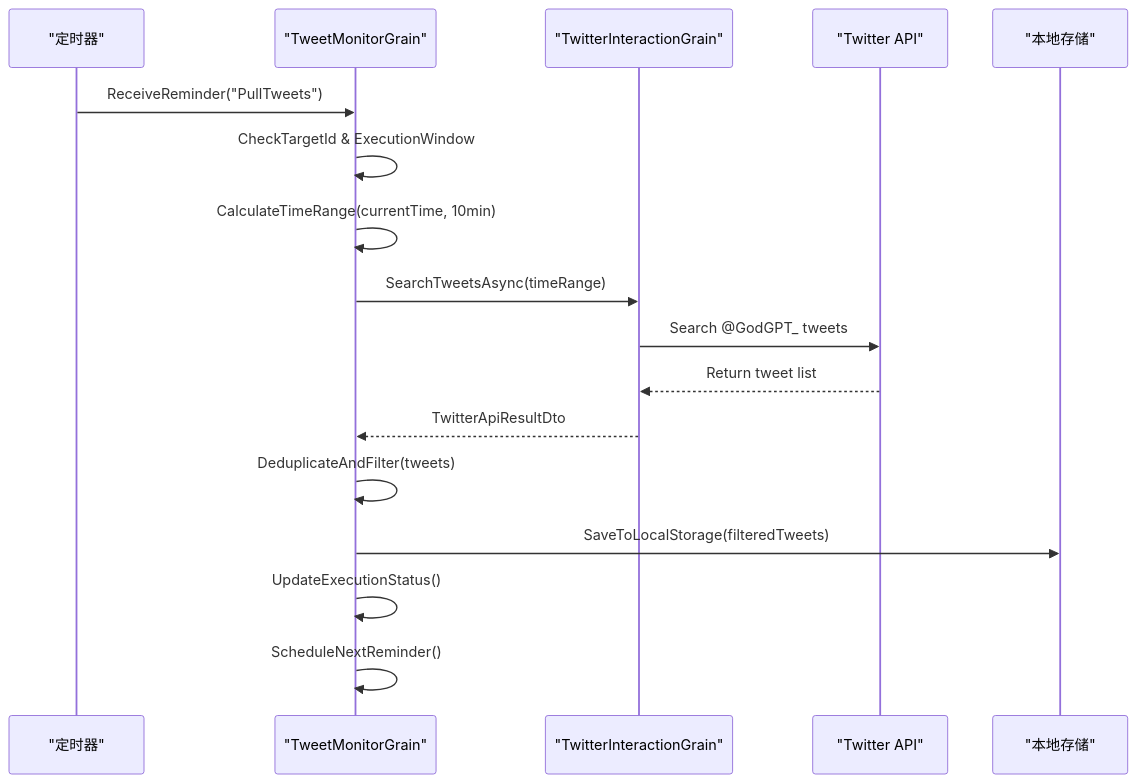
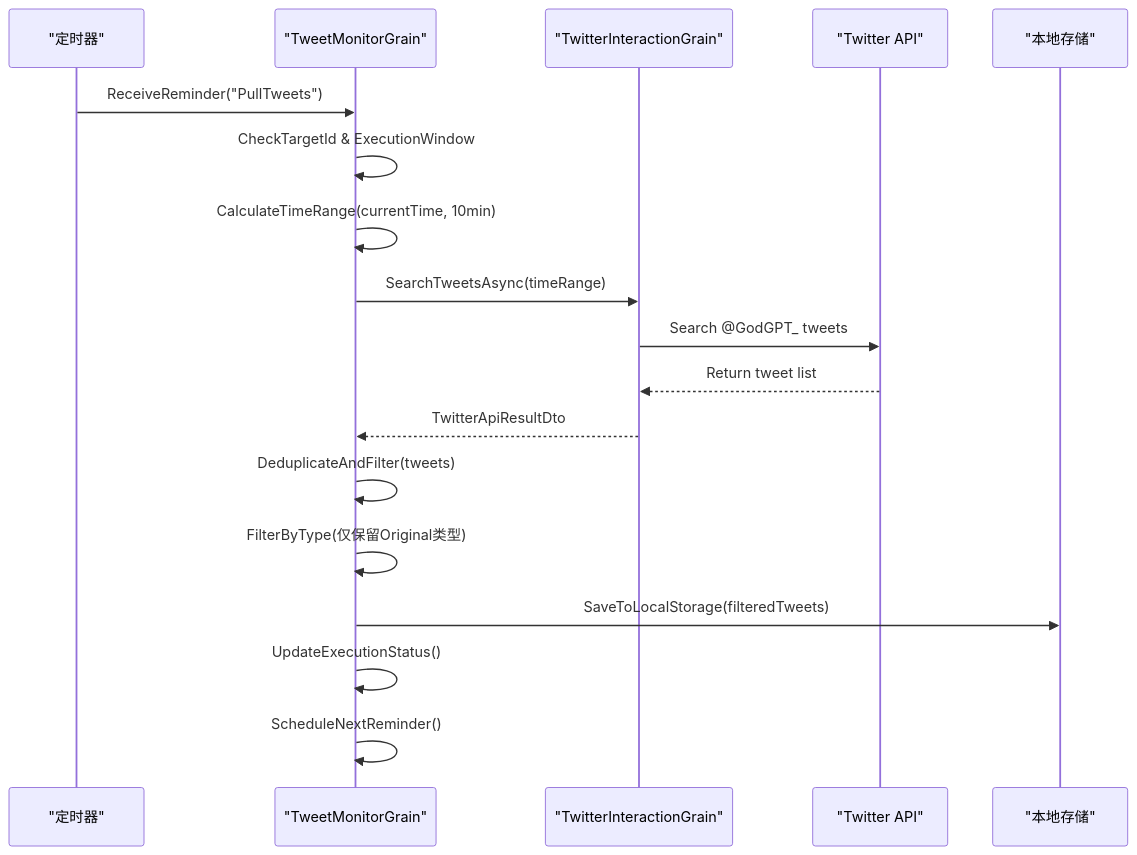
One commit to aevatarAI/godgpt changed the first of 5 diagrams in docs/requirements/req-003-twitter-credits-reward.md. Above: the diagram before and after it, drawn with Mermaid. The commit also changed other lines of this file, not shown here.

Commit message:
Emphasize Original tweet type requirement for reward eligibility - exclude Reply/Retweet/Quote tweets

````diff
--- a/docs/requirements/req-003-twitter-credits-reward.md
+++ b/docs/requirements/req-003-twitter-credits-reward.md
@@ -421,20 +433,21 @@
 ```mermaid
 sequenceDiagram
     participant Timer as "定时器"
     participant TMG as "TweetMonitorGrain"
     participant TIG as "TwitterInteractionGrain"
     participant API as "Twitter API"
     participant Storage as "本地存储"
 
     Timer->>TMG: ReceiveReminder("PullTweets")
     TMG->>TMG: CheckTargetId & ExecutionWindow
     TMG->>TMG: CalculateTimeRange(currentTime, 10min)
     TMG->>TIG: SearchTweetsAsync(timeRange)
     TIG->>API: Search @GodGPT_ tweets
     API-->>TIG: Return tweet list
     TIG-->>TMG: TwitterApiResultDto
-    TMG->>TMG: DeduplicateAndFilter(tweets)
-    TMG->>Storage: SaveToLocalStorage(filteredTweets)
+         TMG->>TMG: DeduplicateAndFilter(tweets)
+     TMG->>TMG: FilterByType(仅保留Original类型)
+     TMG->>Storage: SaveToLocalStorage(filteredTweets)
     TMG->>TMG: UpdateExecutionStatus()
     TMG->>TMG: ScheduleNextReminder()
 ```
````
